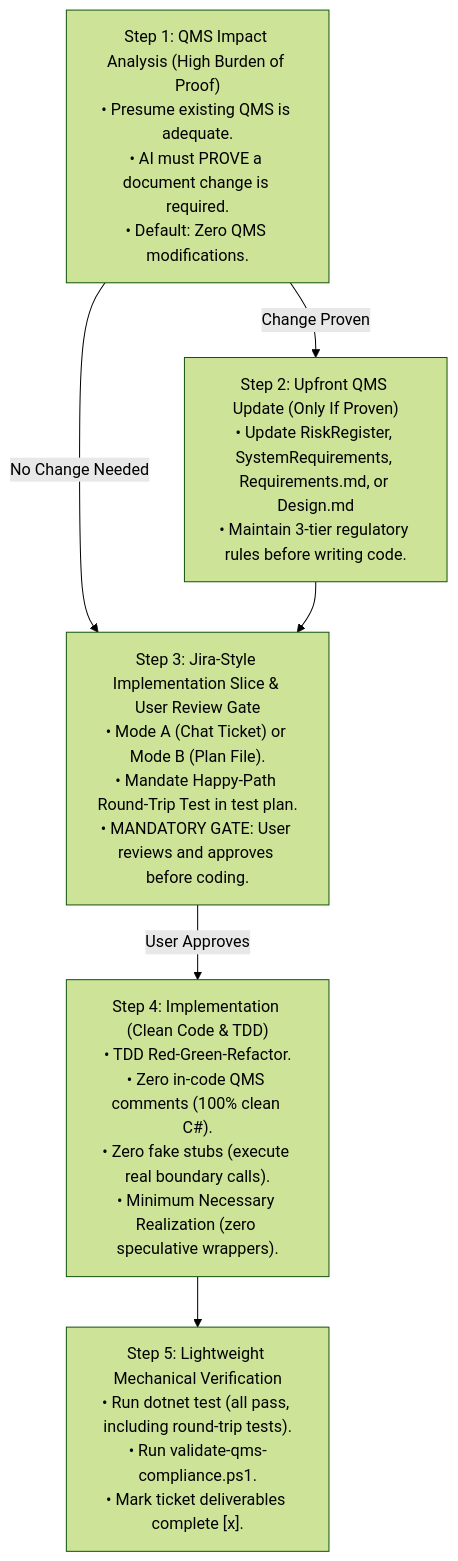
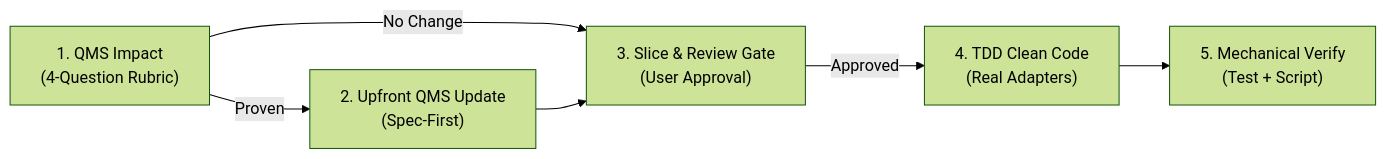
One commit to zerotwooneone/percolator changed the first of 2 diagrams in source/.agents/skills/qms-implementation-review-cycle/SKILL.md. Above: the diagram before and after it, drawn with Mermaid (forest theme). The commit also changed other lines of this file and 3 other files, not shown here.

````diff
--- a/source/.agents/skills/qms-implementation-review-cycle/SKILL.md
+++ b/source/.agents/skills/qms-implementation-review-cycle/SKILL.md
@@ -51,14 +33,8 @@
 ```mermaid
-flowchart TD
-    S1["Step 1: QMS Impact Analysis (High Burden of Proof)<br/>• Presume existing QMS is adequate.<br/>• AI must PROVE a document change is required.<br/>• Default: Zero QMS modifications."]
-    S2["Step 2: Upfront QMS Update (Only If Proven)<br/>• Update RiskRegister, SystemRequirements, Requirements.md, or Design.md<br/>• Maintain 3-tier regulatory rules before writing code."]
-    S3["Step 3: Jira-Style Implementation Slice & User Review Gate<br/>• Mode A (Chat Ticket) or Mode B (Plan File).<br/>• Mandate Happy-Path Round-Trip Test in test plan.<br/>• MANDATORY GATE: User reviews and approves before coding."]
-    S4["Step 4: Implementation (Clean Code & TDD)<br/>• TDD Red-Green-Refactor.<br/>• Zero in-code QMS comments (100% clean C#).<br/>• Zero fake stubs (execute real boundary calls).<br/>• Minimum Necessary Realization (zero speculative wrappers)."]
-    S5["Step 5: Lightweight Mechanical Verification<br/>• Run dotnet test (all pass, including round-trip tests).<br/>• Run validate-qms-compliance.ps1.<br/>• Mark ticket deliverables complete [x]."]
-
-    S1 -->|Change Proven| S2
-    S1 -->|No Change Needed| S3
+flowchart LR
+    S1["1. QMS Impact<br/>(4-Question Rubric)"] -->|Proven| S2["2. Upfront QMS Update<br/>(Spec-First)"]
+    S1 -->|No Change| S3["3. Slice & Review Gate<br/>(User Approval)"]
     S2 --> S3
-    S3 -->|User Approves| S4
-    S4 --> S5
+    S3 -->|Approved| S4["4. TDD Clean Code<br/>(Real Adapters)"]
+    S4 --> S5["5. Mechanical Verify<br/>(Test + Script)"]
 ```
````
